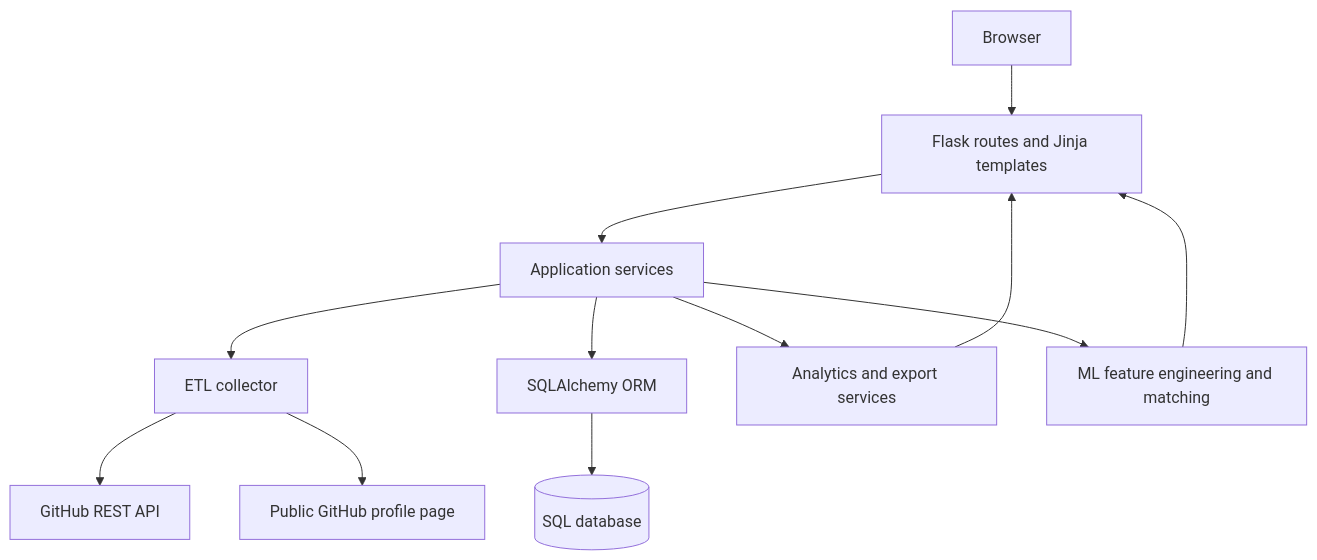
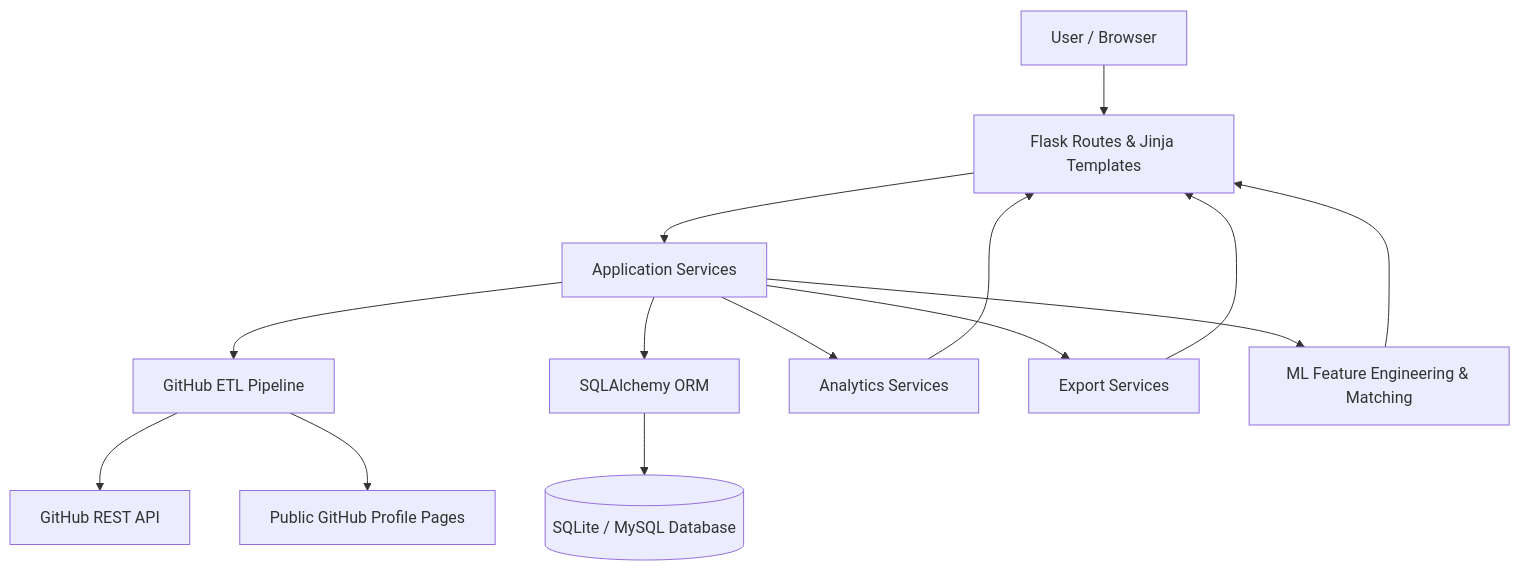
The diagram in README.md (yasmine-salama/DevScope), drawn with Mermaid before and after one commit. The commit also changed other lines of this file, not shown here.

````diff
--- a/README.md
+++ b/README.md
@@ -102,14 +155,20 @@
 ```mermaid
 flowchart TD
-    A["Browser"] --> B["Flask routes and Jinja templates"]
-    B --> C["Application services"]
-    C --> D["ETL collector"]
+    A["User / Browser"] --> B["Flask Routes & Jinja Templates"]
+    B --> C["Application Services"]
+
+    C --> D["GitHub ETL Pipeline"]
     D --> E["GitHub REST API"]
-    D --> F["Public GitHub profile page"]
+    D --> F["Public GitHub Profile Pages"]
+
     C --> G["SQLAlchemy ORM"]
-    G --> H[("SQL database")]
-    C --> I["Analytics and export services"]
-    C --> J["ML feature engineering and matching"]
+    G --> H[("SQLite / MySQL Database")]
+
+    C --> I["Analytics Services"]
+    C --> J["Export Services"]
+    C --> K["ML Feature Engineering & Matching"]
+
     I --> B
     J --> B
+    K --> B
 ```
````
